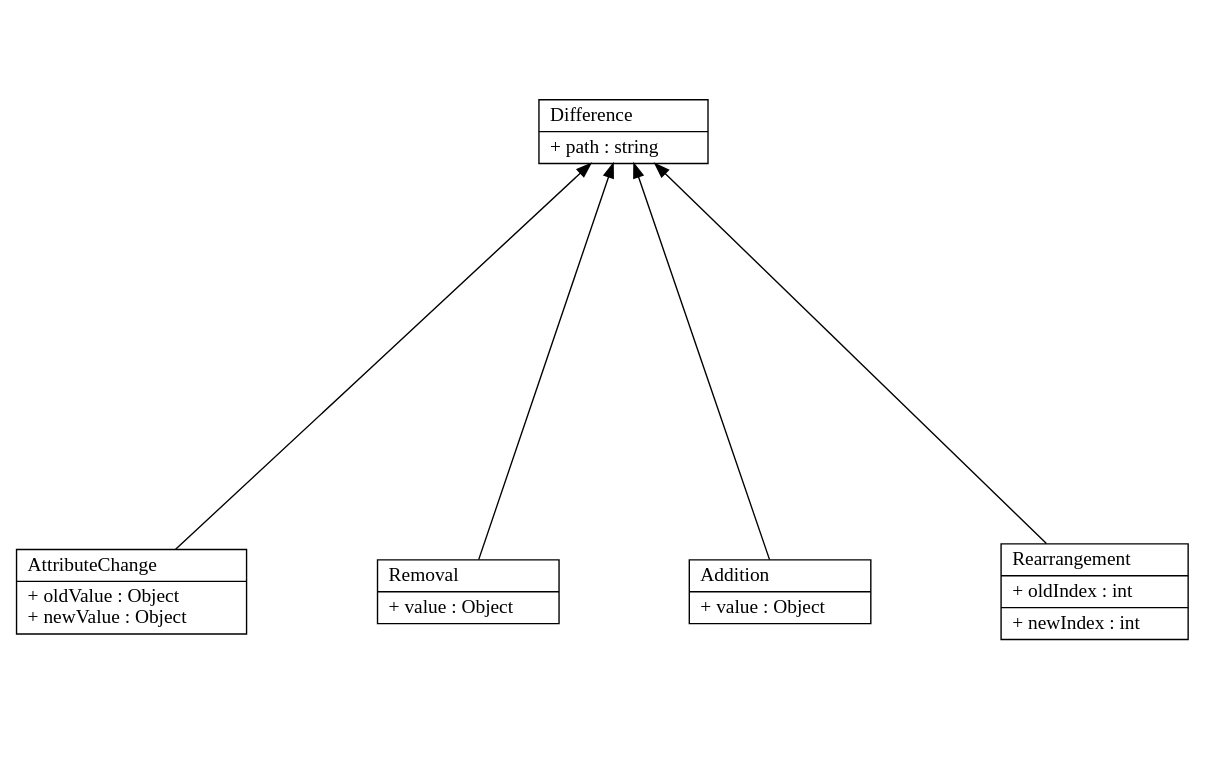
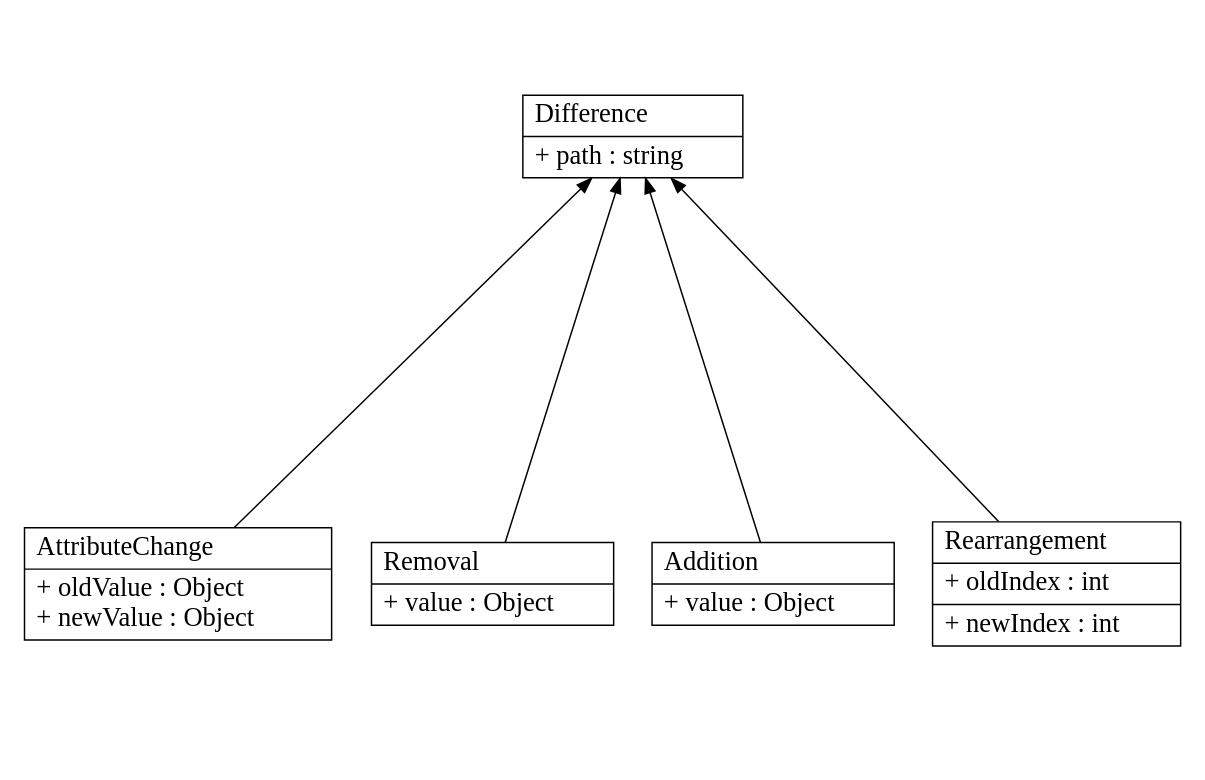
Before and after one commit to stemey/atem-presentation: the diagram in resources/comparison.dot, drawn with Graphviz. The commit also changed 27 other files, not shown here.

```diff
--- a/resources/comparison.dot
+++ b/resources/comparison.dot
@@ -1,36 +1,37 @@
 digraph G {
 	rankdir=BT;
         fontname = "Bitstream Vera Sans";
         fontsize = 8;
 splines=true;
-nodesep=1.3;
+//nodesep=1.1;
 size="11,7";
 ratio=fill;
 
         node [
                 shape = "record"
+                  fontsize = 18
         ]
 
    
         Difference [
                 label = "{Difference\l|+ path : string\l}",id=Difference
         ]
         AttributeChange [
                 label = "{AttributeChange\l| + oldValue : Object\l + newValue : Object\l}",id=AttributeChange
         ]
         Removal [
                 label = "{Removal\l| + value : Object\l}",id=Removal
         ]
         Addition [
                 label = "{Addition\l| + value : Object\l}",id=Addition
         ]
 	Rearrangement [
                 label = "{Rearrangement\l| + oldIndex : int\l| + newIndex : int\l}",id=Rearrangement
         ]
 	
         
 		AttributeChange -> Difference;
 		Removal -> Difference;
 		Addition -> Difference;
 		Rearrangement -> Difference;
 }
```
